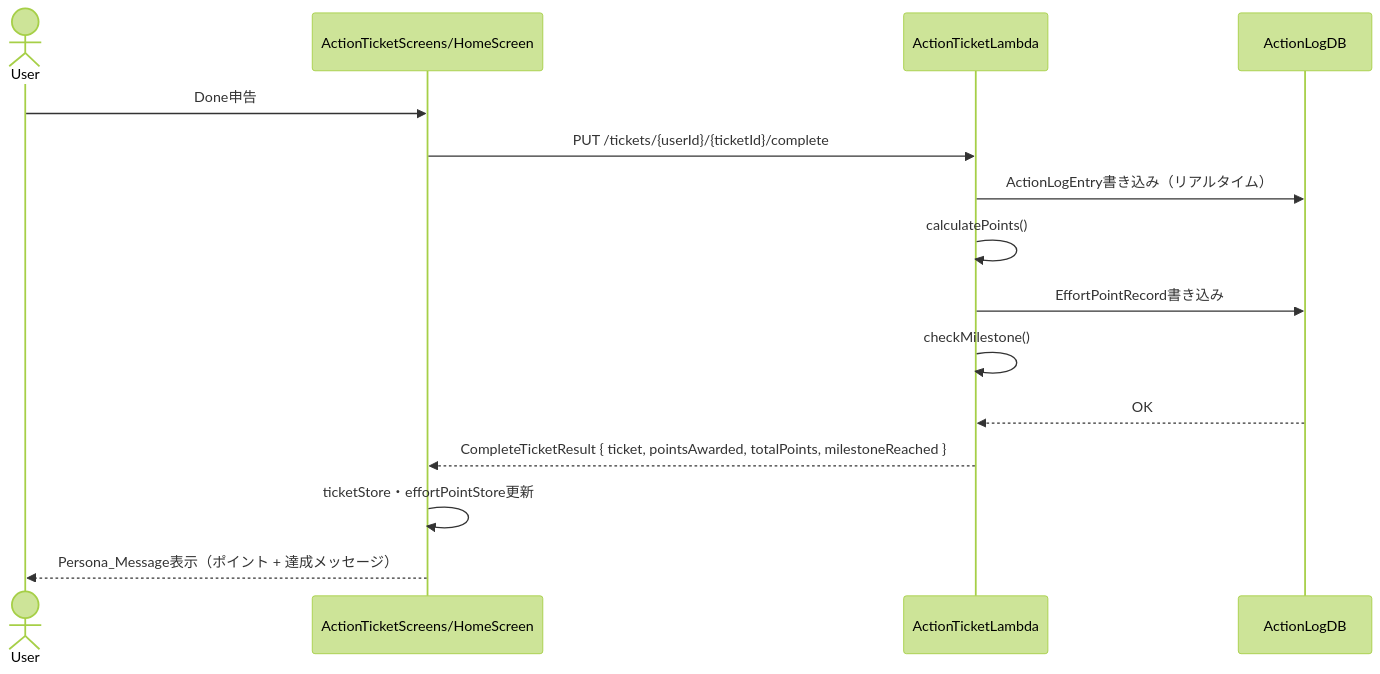
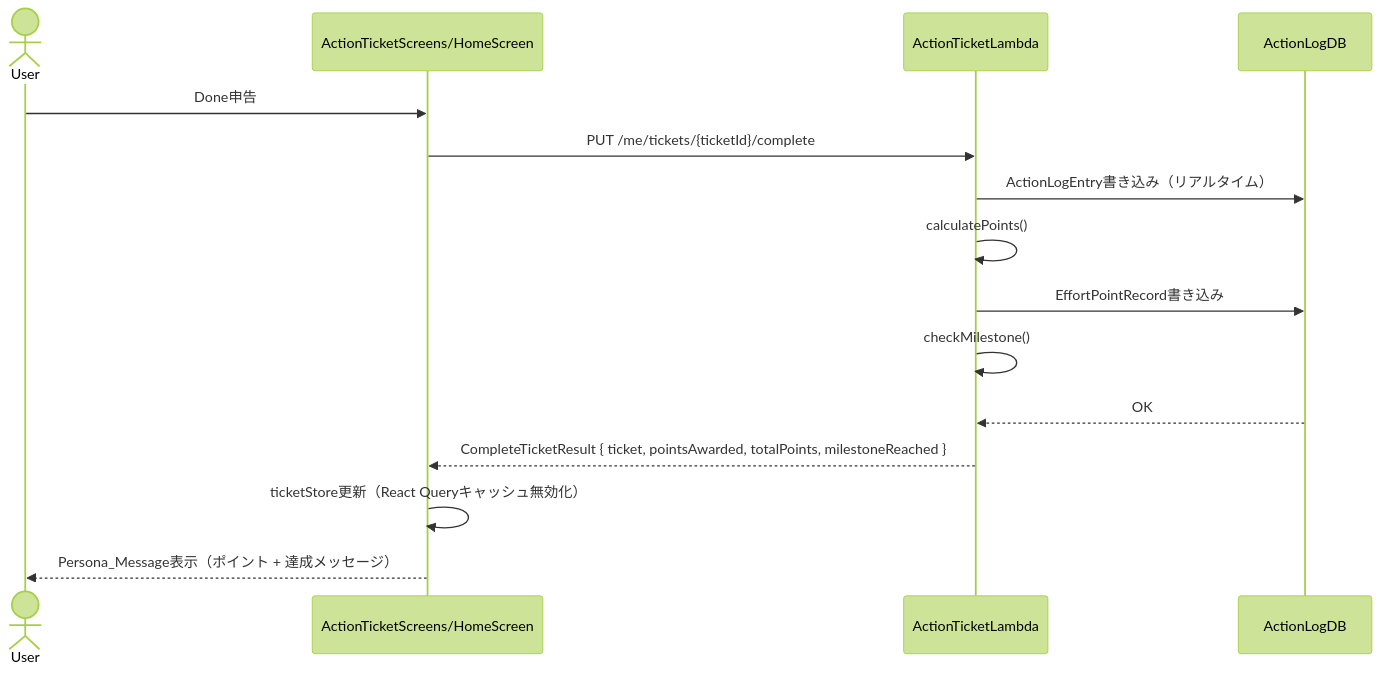
The fourth of 10 diagrams in aidlc-docs/inception/application-design/component-dependency.md (aws-dlc-hackathon-team-a/team-a), drawn with Mermaid (forest theme) before and after one commit. The commit also changed other lines of this file and 10 other files, not shown here.

````diff
--- a/aidlc-docs/inception/application-design/component-dependency.md
+++ b/aidlc-docs/inception/application-design/component-dependency.md
@@ -175,18 +193,18 @@
 ```mermaid
 sequenceDiagram
     actor User
     participant Screen as ActionTicketScreens/HomeScreen
     participant ActionTicketLambda
     participant ActionLogDB
 
     User->>Screen: Done申告
-    Screen->>ActionTicketLambda: PUT /tickets/{userId}/{ticketId}/complete
+    Screen->>ActionTicketLambda: PUT /me/tickets/{ticketId}/complete
     ActionTicketLambda->>ActionLogDB: ActionLogEntry書き込み（リアルタイム）
     ActionTicketLambda->>ActionTicketLambda: calculatePoints()
     ActionTicketLambda->>ActionLogDB: EffortPointRecord書き込み
     ActionTicketLambda->>ActionTicketLambda: checkMilestone()
     ActionLogDB-->>ActionTicketLambda: OK
     ActionTicketLambda-->>Screen: CompleteTicketResult { ticket, pointsAwarded, totalPoints, milestoneReached }
-    Screen->>Screen: ticketStore・effortPointStore更新
+    Screen->>Screen: ticketStore更新（React Queryキャッシュ無効化）
     Screen-->>User: Persona_Message表示（ポイント + 達成メッセージ）
 ```
````
